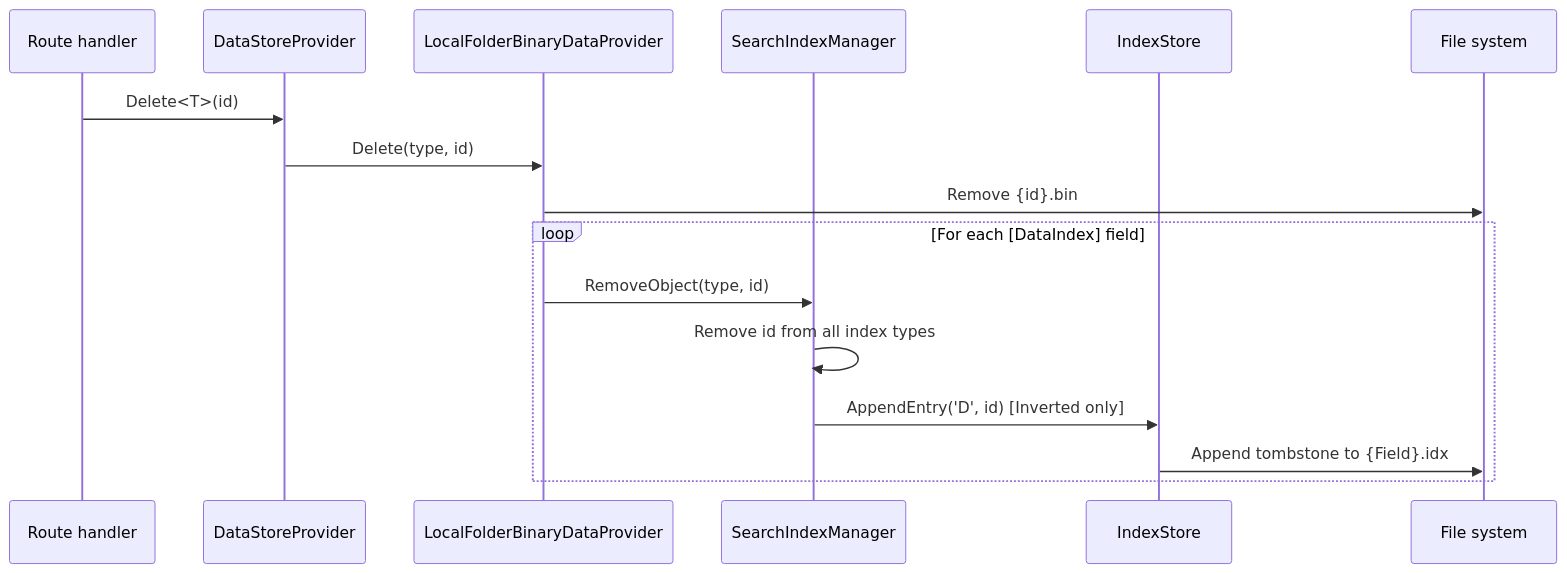
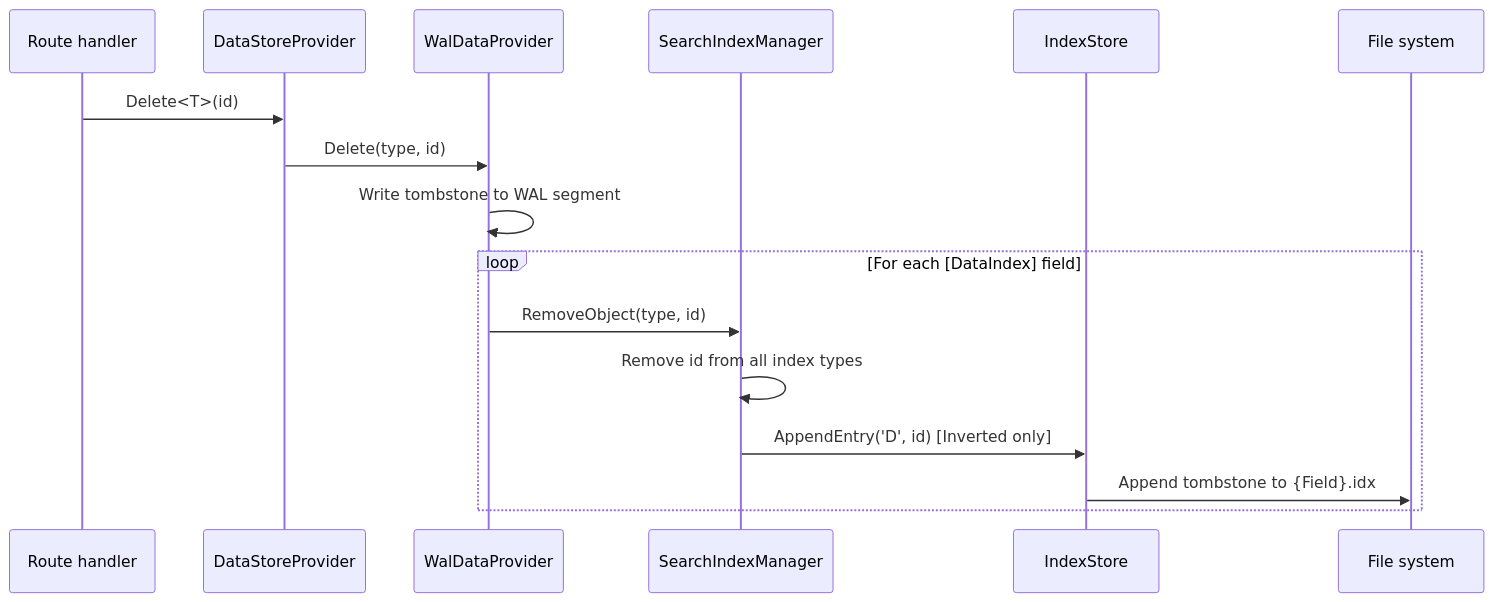
The third of 5 diagrams in docs/architecture/indexing.md (WillEastbury/BareMetalWeb), drawn with Mermaid before and after one commit. The commit also changed other lines of this file and 3 other files, not shown here.

````diff
--- a/docs/architecture/indexing.md
+++ b/docs/architecture/indexing.md
@@ -87,19 +87,19 @@
 ```mermaid
 sequenceDiagram
     participant RH as Route handler
     participant DS as DataStoreProvider
-    participant LFB as LocalFolderBinaryDataProvider
+    participant WAL as WalDataProvider
     participant SIM as SearchIndexManager
     participant IS as IndexStore
     participant FS as File system
 
     RH->>DS: Delete<T>(id)
-    DS->>LFB: Delete(type, id)
-    LFB->>FS: Remove {id}.bin
+    DS->>WAL: Delete(type, id)
+    WAL->>WAL: Write tombstone to WAL segment
     loop For each [DataIndex] field
-        LFB->>SIM: RemoveObject(type, id)
+        WAL->>SIM: RemoveObject(type, id)
         SIM->>SIM: Remove id from all index types
         SIM->>IS: AppendEntry('D', id)  [Inverted only]
         IS->>FS: Append tombstone to {Field}.idx
     end
 ```
````
